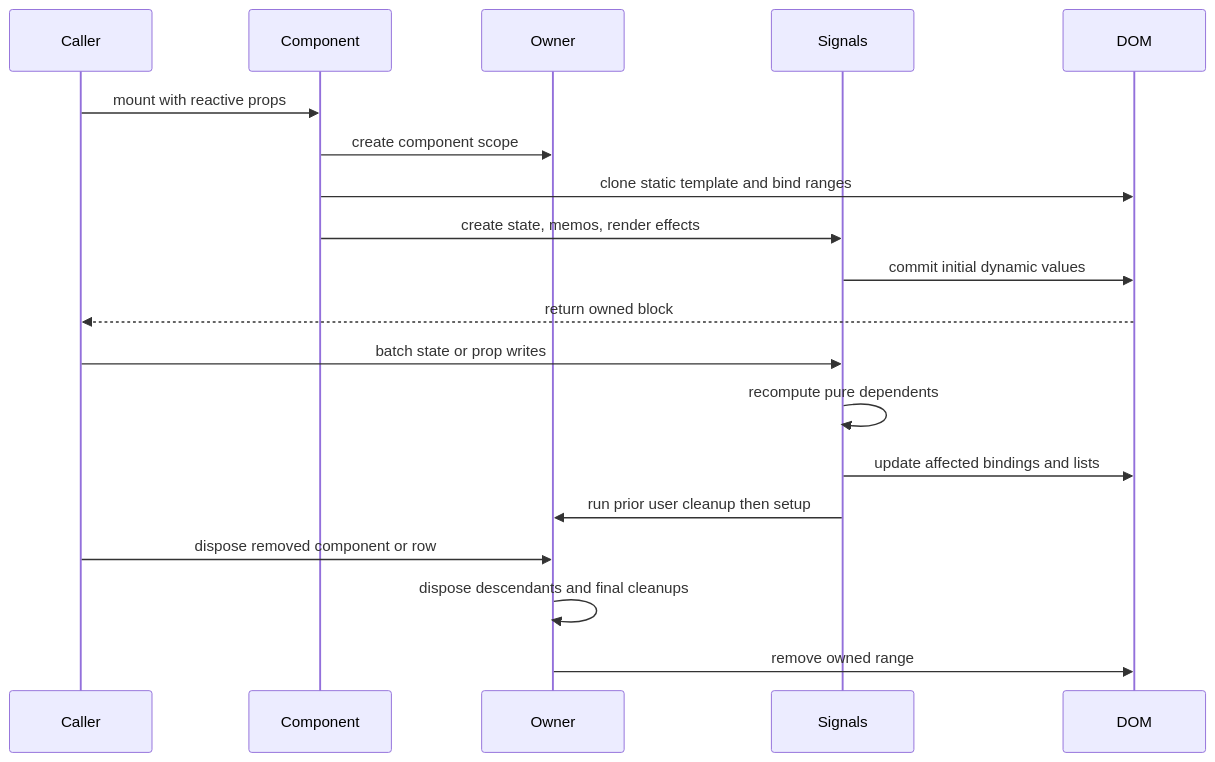
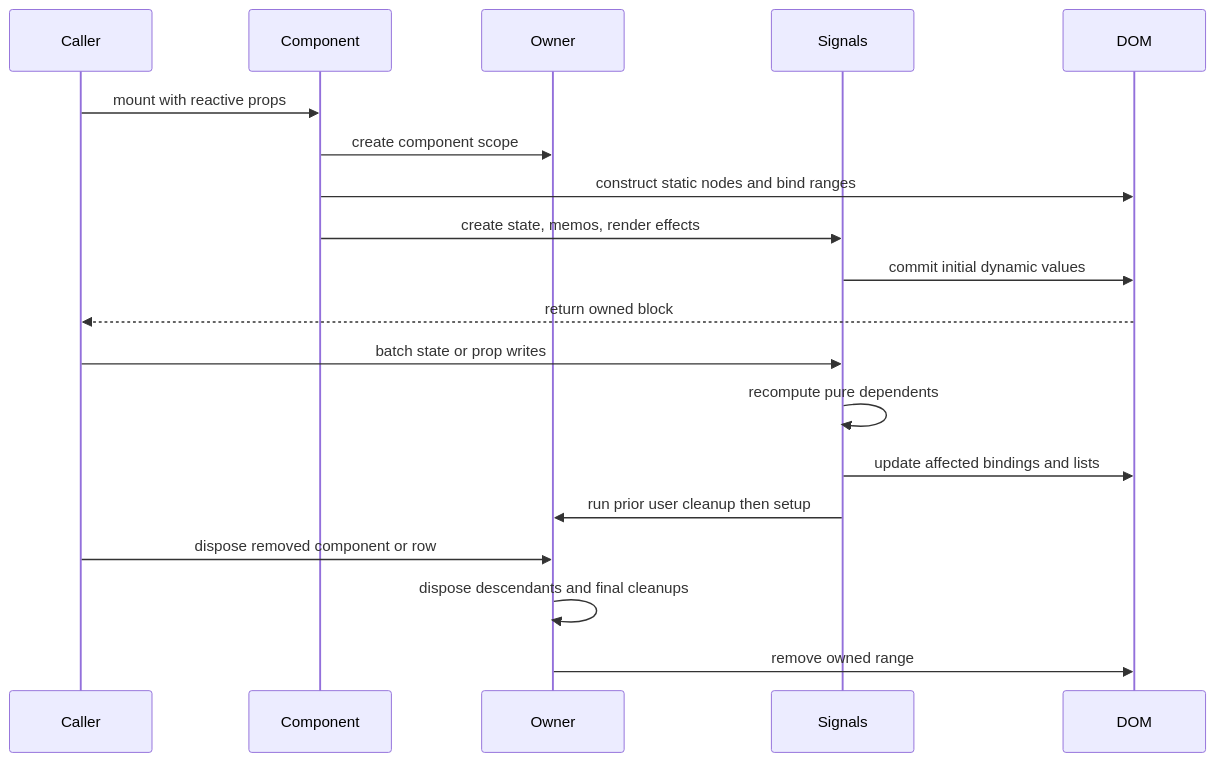
The third of 5 diagrams in docs/plans/2026-08-20-1543-feat-vidact-production-rebuild-plan.md (mohebifar/vidact), drawn with Mermaid before and after one commit. The commit also changed other lines of this file and 44 other files, not shown here.

````diff
--- a/docs/plans/2026-08-20-1543-feat-vidact-production-rebuild-plan.md
+++ b/docs/plans/2026-08-20-1543-feat-vidact-production-rebuild-plan.md
@@ -262,21 +268,21 @@
 ```mermaid
 sequenceDiagram
   participant Caller
   participant Component
   participant Owner
   participant Signals
   participant DOM
   Caller->>Component: mount with reactive props
   Component->>Owner: create component scope
-  Component->>DOM: clone static template and bind ranges
+  Component->>DOM: construct static nodes and bind ranges
   Component->>Signals: create state, memos, render effects
   Signals->>DOM: commit initial dynamic values
   DOM-->>Caller: return owned block
   Caller->>Signals: batch state or prop writes
   Signals->>Signals: recompute pure dependents
   Signals->>DOM: update affected bindings and lists
   Signals->>Owner: run prior user cleanup then setup
   Caller->>Owner: dispose removed component or row
   Owner->>Owner: dispose descendants and final cleanups
   Owner->>DOM: remove owned range
 ```
````
